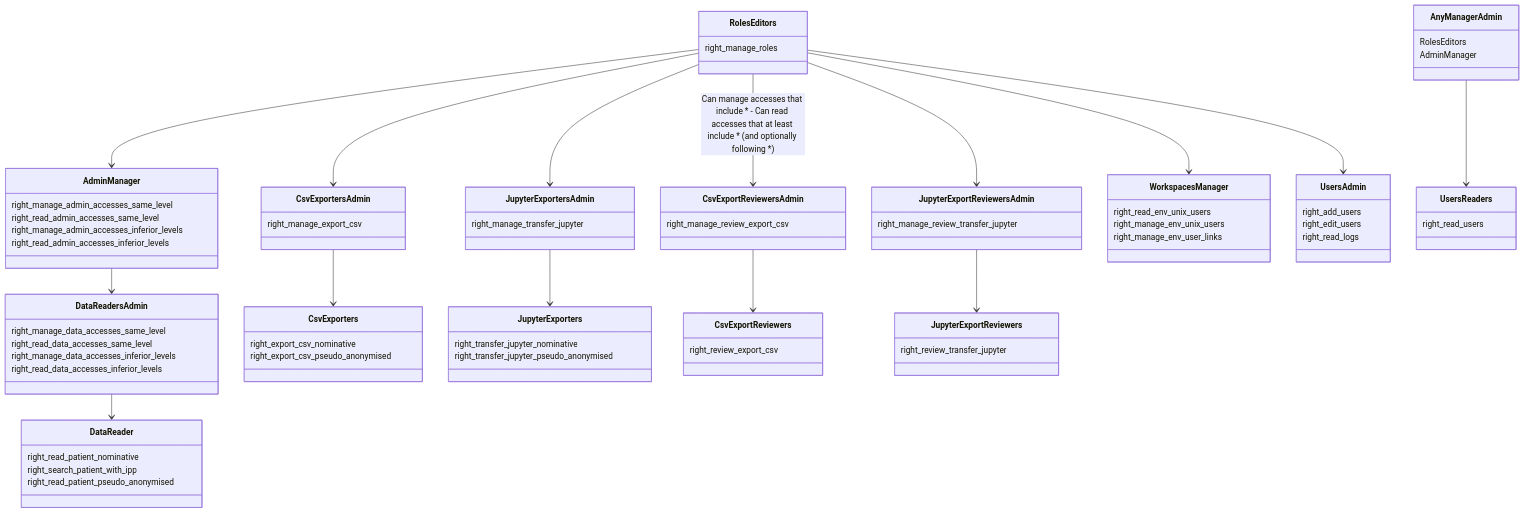
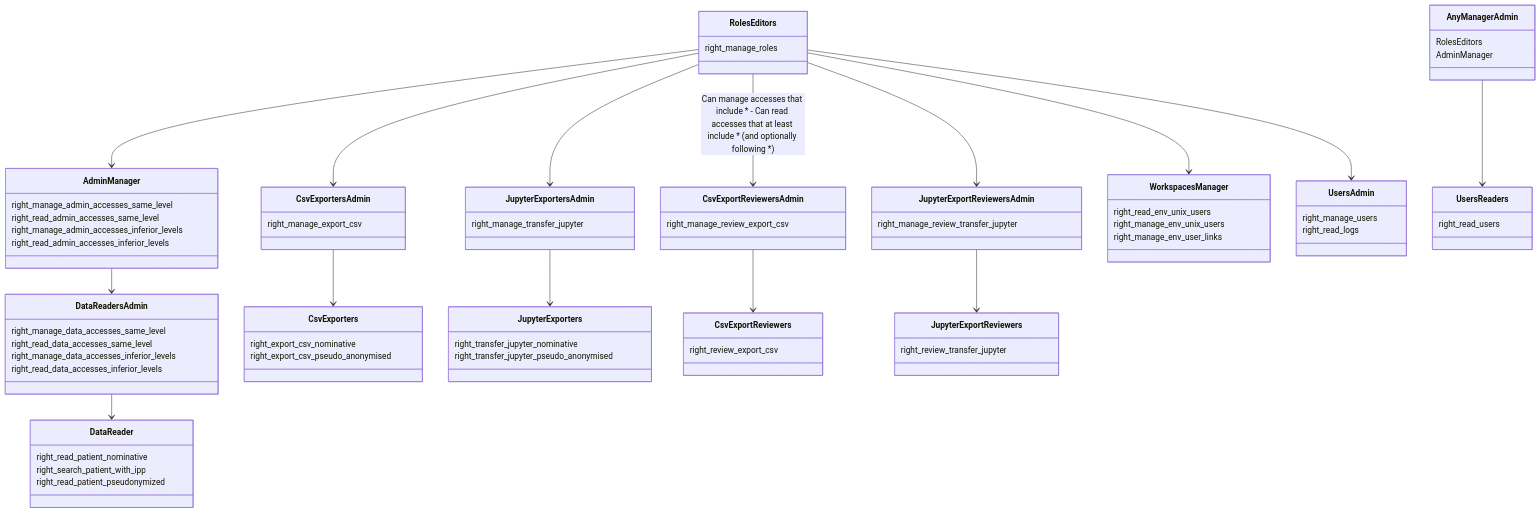
Before and after one commit to aphp/Cohort360-Back-end: the first of 17 diagrams in accesses/rights_schema.md, drawn with Mermaid. The commit also changed 19 other files, not shown here.

````diff
--- a/accesses/rights_schema.md
+++ b/accesses/rights_schema.md
@@ -1,82 +1,81 @@
 ```mermaid
 classDiagram
 class RolesEditors {
   right_manage_roles
 }
 class AdminManager {
   right_manage_admin_accesses_same_level
   right_read_admin_accesses_same_level
   right_manage_admin_accesses_inferior_levels
   right_read_admin_accesses_inferior_levels
 }
 class DataReadersAdmin {
   right_manage_data_accesses_same_level
   right_read_data_accesses_same_level
   right_manage_data_accesses_inferior_levels
   right_read_data_accesses_inferior_levels
 }
 class DataReader {
   right_read_patient_nominative
   right_search_patient_with_ipp
-  right_read_patient_pseudo_anonymised
+  right_read_patient_pseudonymized
 }
 class CsvExportersAdmin {
   right_manage_export_csv
 }
 class JupyterExportersAdmin {
   right_manage_transfer_jupyter
 }
 class CsvExporters {
   right_export_csv_nominative
   right_export_csv_pseudo_anonymised
 }
 class JupyterExporters {
   right_transfer_jupyter_nominative
   right_transfer_jupyter_pseudo_anonymised
 }
 class CsvExportReviewersAdmin {
   right_manage_review_export_csv
 }
 class JupyterExportReviewersAdmin {
   right_manage_review_transfer_jupyter
 }
 class CsvExportReviewers {
   right_review_export_csv
 }
 class JupyterExportReviewers {
   right_review_transfer_jupyter
 }
 class WorkspacesManager {
   right_read_env_unix_users
   right_manage_env_unix_users
   right_manage_env_user_links
 }
 class UsersAdmin {
-  right_add_users
-  right_edit_users
+  right_manage_users
   right_read_logs
 }
 RolesEditors --> AdminManager
 RolesEditors --> UsersAdmin
 AdminManager --> DataReadersAdmin
 DataReadersAdmin --> DataReader
 
 RolesEditors --> CsvExportersAdmin
 RolesEditors --> JupyterExportersAdmin
 CsvExportersAdmin --> CsvExporters
 JupyterExportersAdmin --> JupyterExporters
 
 RolesEditors --> CsvExportReviewersAdmin : Can manage accesses that include * - Can read accesses that at least include * (and optionally following *)
 RolesEditors --> JupyterExportReviewersAdmin
 CsvExportReviewersAdmin --> CsvExportReviewers
 JupyterExportReviewersAdmin --> JupyterExportReviewers
 
 RolesEditors --> WorkspacesManager
 
 class AnyManagerAdmin {
   RolesEditors
   AdminManager
 }
 AnyManagerAdmin --> UsersReaders
 UsersReaders : right_read_users
 ```
````
